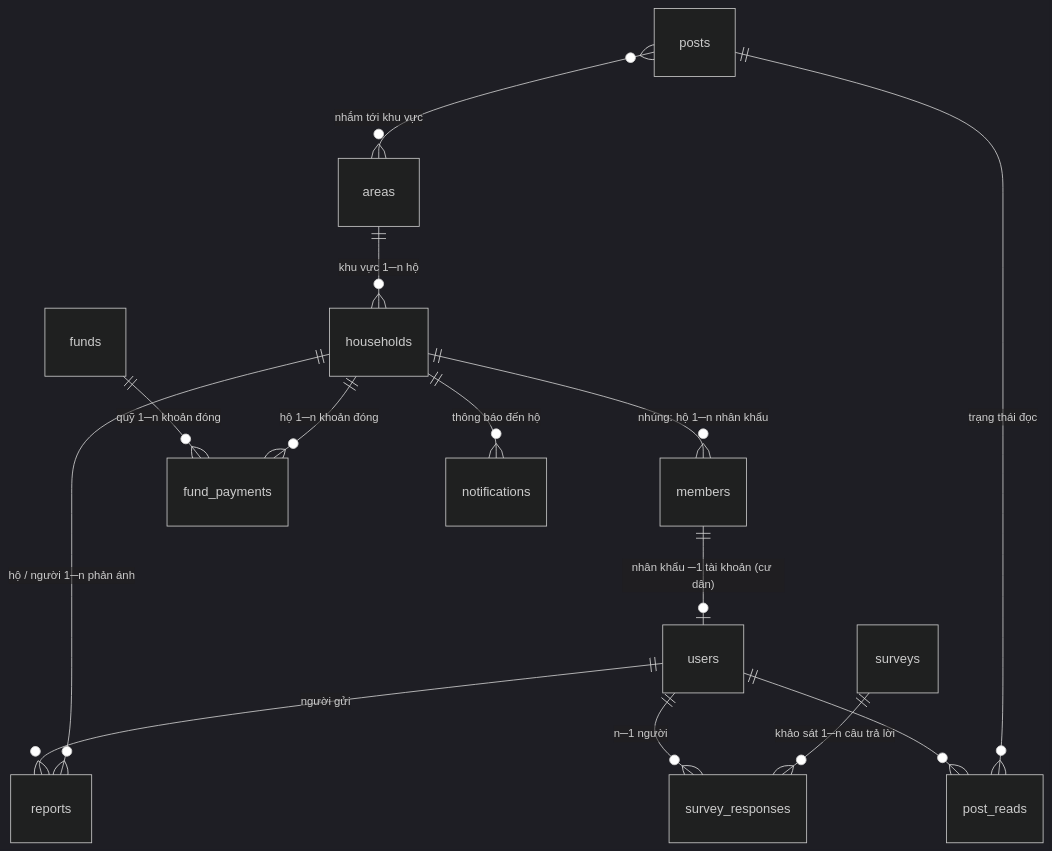
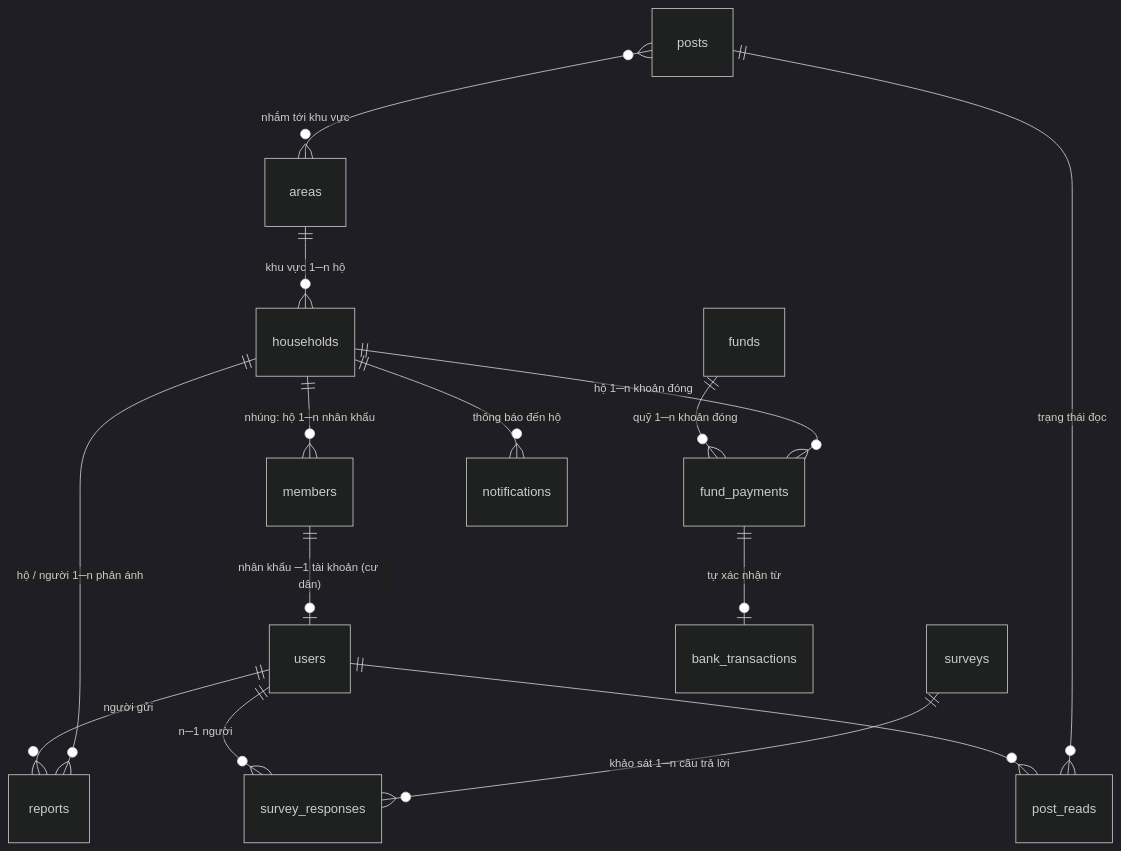
One commit to KhangTranManh/KHUPHO changed the diagram in database/README.md. Above: the diagram before and after it, drawn with Mermaid (dark theme). The commit also changed other lines of this file and 68 other files, not shown here.

````diff
--- a/database/README.md
+++ b/database/README.md
@@ -38,16 +101,17 @@
 ```mermaid
 erDiagram
   areas ||--o{ households : "khu vực 1─n hộ"
   households ||--o{ members : "nhúng: hộ 1─n nhân khẩu"
   members ||--o| users : "nhân khẩu ─1 tài khoản (cư dân)"
   households ||--o{ fund_payments : "hộ 1─n khoản đóng"
   funds ||--o{ fund_payments : "quỹ 1─n khoản đóng"
   households ||--o{ reports : "hộ / người 1─n phản ánh"
   users ||--o{ reports : "người gửi"
   posts }o--o{ areas : "nhắm tới khu vực"
   posts ||--o{ post_reads : "trạng thái đọc"
   users ||--o{ post_reads : ""
   surveys ||--o{ survey_responses : "khảo sát 1─n câu trả lời"
   users ||--o{ survey_responses : "n─1 người"
   households ||--o{ notifications : "thông báo đến hộ"
+  fund_payments ||--o| bank_transactions : "tự xác nhận từ"
 ```
````
